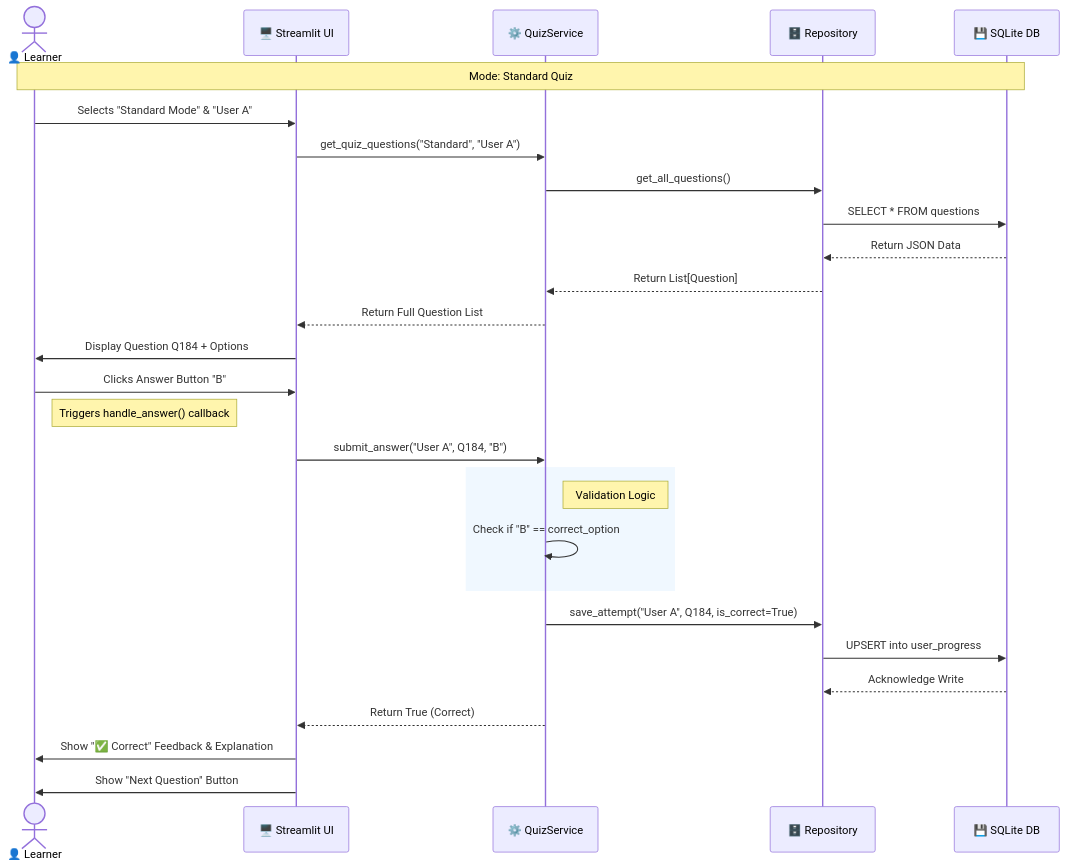
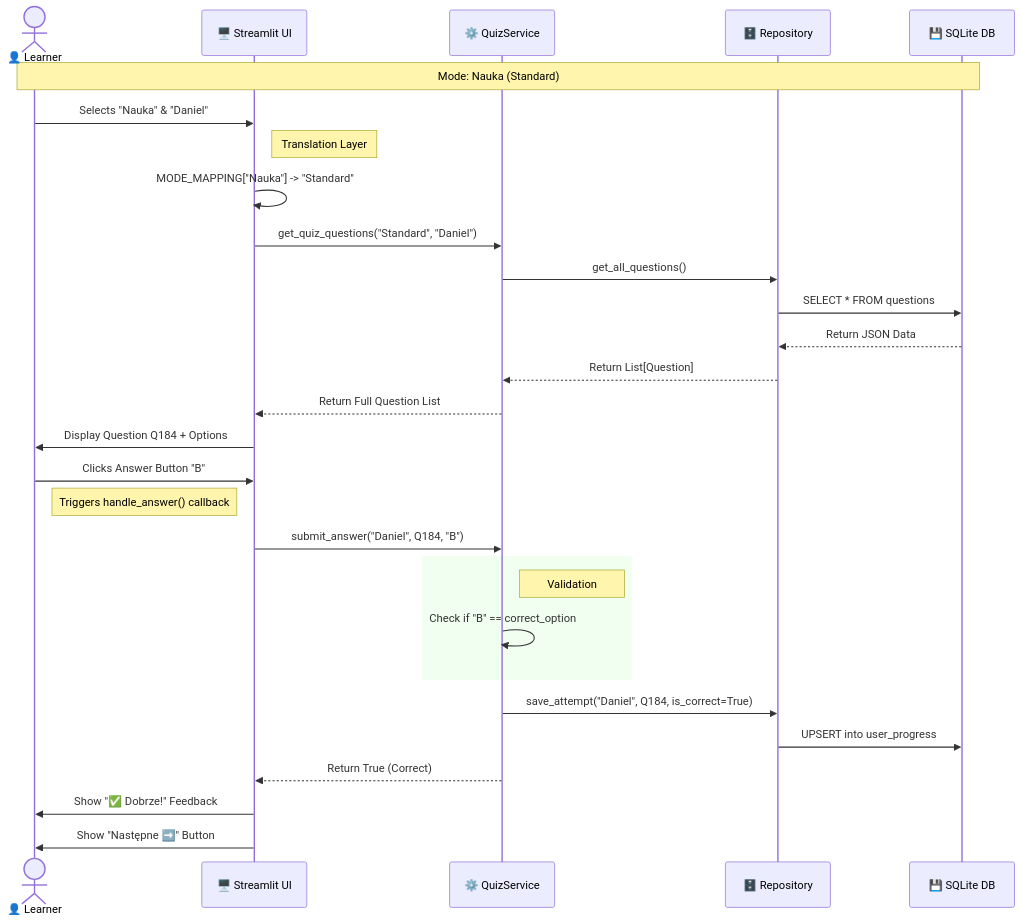
One commit to m1981/forklift-quiz changed the second of 4 diagrams in doc/diagrams.md. Above: the diagram before and after it, drawn with Mermaid. The commit also changed other lines of this file and 6 other files, not shown here.

````diff
--- a/doc/diagrams.md
+++ b/doc/diagrams.md
@@ -34,39 +51,42 @@
 ```mermaid
 sequenceDiagram
     actor User as 👤 Learner
     participant App as 🖥️ Streamlit UI
     participant Service as ⚙️ QuizService
     participant Repo as 🗄️ Repository
     participant DB as 💾 SQLite DB
 
-    Note over User, DB: Mode: Standard Quiz
+    Note over User, DB: Mode: Nauka (Standard)
     
-    User->>App: Selects "Standard Mode" & "User A"
-    App->>Service: get_quiz_questions("Standard", "User A")
+    User->>App: Selects "Nauka" & "Daniel"
+    
+    Note right of App: Translation Layer
+    App->>App: MODE_MAPPING["Nauka"] -> "Standard"
+    
+    App->>Service: get_quiz_questions("Standard", "Daniel")
     Service->>Repo: get_all_questions()
     Repo->>DB: SELECT * FROM questions
     DB-->>Repo: Return JSON Data
     Repo-->>Service: Return List[Question]
     Service-->>App: Return Full Question List
 
     App->>User: Display Question Q184 + Options
 
     User->>App: Clicks Answer Button "B"
     Note right of User: Triggers handle_answer() callback
     
-    App->>Service: submit_answer("User A", Q184, "B")
+    App->>Service: submit_answer("Daniel", Q184, "B")
     
-    rect rgb(240, 248, 255)
-        Note right of Service: Validation Logic
+    rect rgb(240, 255, 240)
+        Note right of Service: Validation
         Service->>Service: Check if "B" == correct_option
     end
 
-    Service->>Repo: save_attempt("User A", Q184, is_correct=True)
+    Service->>Repo: save_attempt("Daniel", Q184, is_correct=True)
     Repo->>DB: UPSERT into user_progress
-    DB-->>Repo: Acknowledge Write
     
     Service-->>App: Return True (Correct)
     
-    App->>User: Show "✅ Correct" Feedback & Explanation
-    App->>User: Show "Next Question" Button 
+    App->>User: Show "✅ Dobrze!" Feedback
+    App->>User: Show "Następne ➡️" Button
 ```
````
